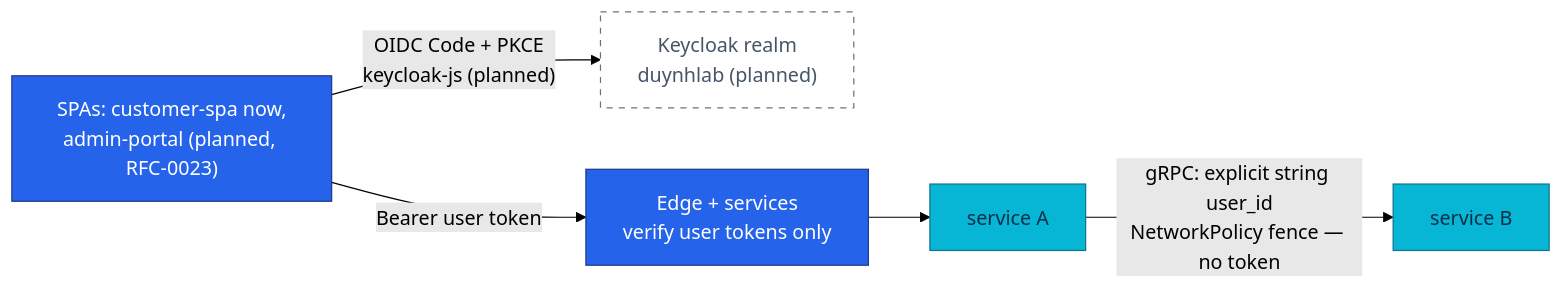
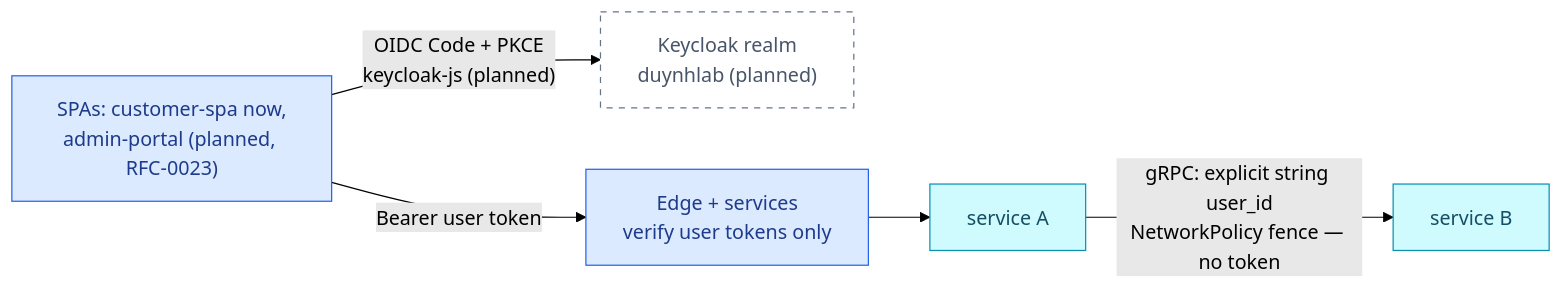
The diagram in docs/proposals/adr/ADR-043-oidc-browser-workload-trust/README.md (duynhlab/homelab), drawn with Mermaid (forest theme) before and after one commit. The commit also changed 174 other files, not shown here.

First line of the commit message:
Soft-tint diagram palette, a signal-flow diagram, a Linux-ready Draw.io skill

````diff
--- a/docs/proposals/adr/ADR-043-oidc-browser-workload-trust/README.md
+++ b/docs/proposals/adr/ADR-043-oidc-browser-workload-trust/README.md
@@ -118,17 +118,17 @@
 ```mermaid
 flowchart LR
     SPA["SPAs: customer-spa now,<br/>admin-portal (planned, RFC-0023)"] -->|"OIDC Code + PKCE<br/>keycloak-js (planned)"| KC["Keycloak realm<br/>duynhlab (planned)"]
     SPA -->|"Bearer user token"| Edge["Edge + services<br/>verify user tokens only"]
     Edge --> SvcA["service A"]
     SvcA -->|"gRPC: explicit string user_id<br/>NetworkPolicy fence — no token"| SvcB["service B"]
 
-    classDef edge fill:#2563eb,color:#fff,stroke:#1e3a8a;
-    classDef service fill:#06b6d4,color:#082f49,stroke:#0e7490;
-    classDef platform fill:#7c3aed,color:#fff,stroke:#5b21b6;
+    classDef edge fill:#dbeafe,color:#1e3a8a,stroke:#2563eb;
+    classDef service fill:#cffafe,color:#164e63,stroke:#0891b2;
+    classDef platform fill:#ede9fe,color:#4c1d95,stroke:#7c3aed;
     classDef planned fill:#fff,color:#475569,stroke:#64748b,stroke-dasharray:5 5;
 
     class SPA,Edge edge;
     class SvcA,SvcB service;
     class KC platform;
     class KC planned;
 ```
````
